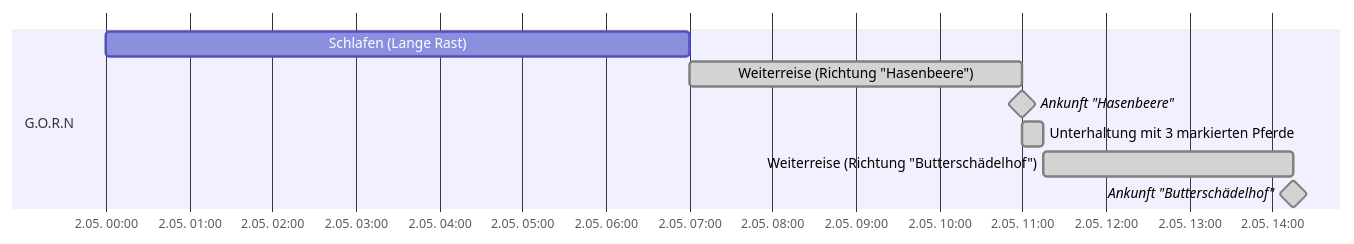
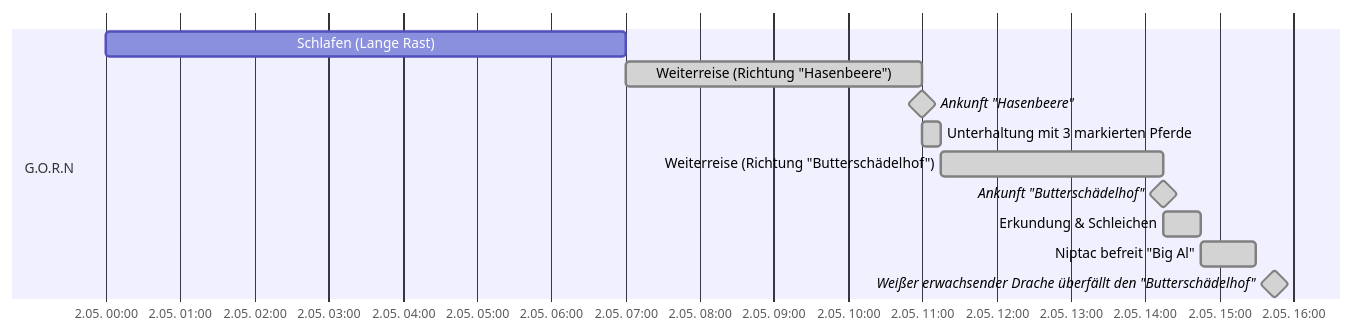
Before and after one commit to LorenJaffrey/DnD_PFT: the ninth of 13 diagrams in Kampagne/Timeline Kampagne 2.md, drawn with Mermaid.

Commit message:
Timeline aktualisiert

````diff
--- a/Kampagne/Timeline Kampagne 2.md
+++ b/Kampagne/Timeline Kampagne 2.md
@@ -157,14 +157,17 @@
 ```mermaid
 gantt
 	dateFormat HH:mm
 	axisFormat %e.%m. %H:%M
 	tickinterval 1hour
 	weekday thursday
 	section G.O.R.N
 		Schlafen (Lange Rast): a1, 2024-05-02 00:00, 7h
 		Weiterreise (Richtung "Hasenbeere"): done, a2, after a1, 4h
 		Ankunft "Hasenbeere": done, milestone, a3, after a2, 0m
 		Unterhaltung mit 3 markierten Pferde: done, a4, after a3, 15m
 		Weiterreise (Richtung "Butterschädelhof"): done, a5, after a4, 3h
 		Ankunft "Butterschädelhof": done, milestone, a6, after a5, 0m
+		Erkundung & Schleichen: done, a7, after a6, 30m
+		Niptac befreit "Big Al": done, a8, after a7, 45m
+		Weißer erwachsender Drache überfällt den "Butterschädelhof": done, milestone, a9, after a8, 30m
 ```
````
